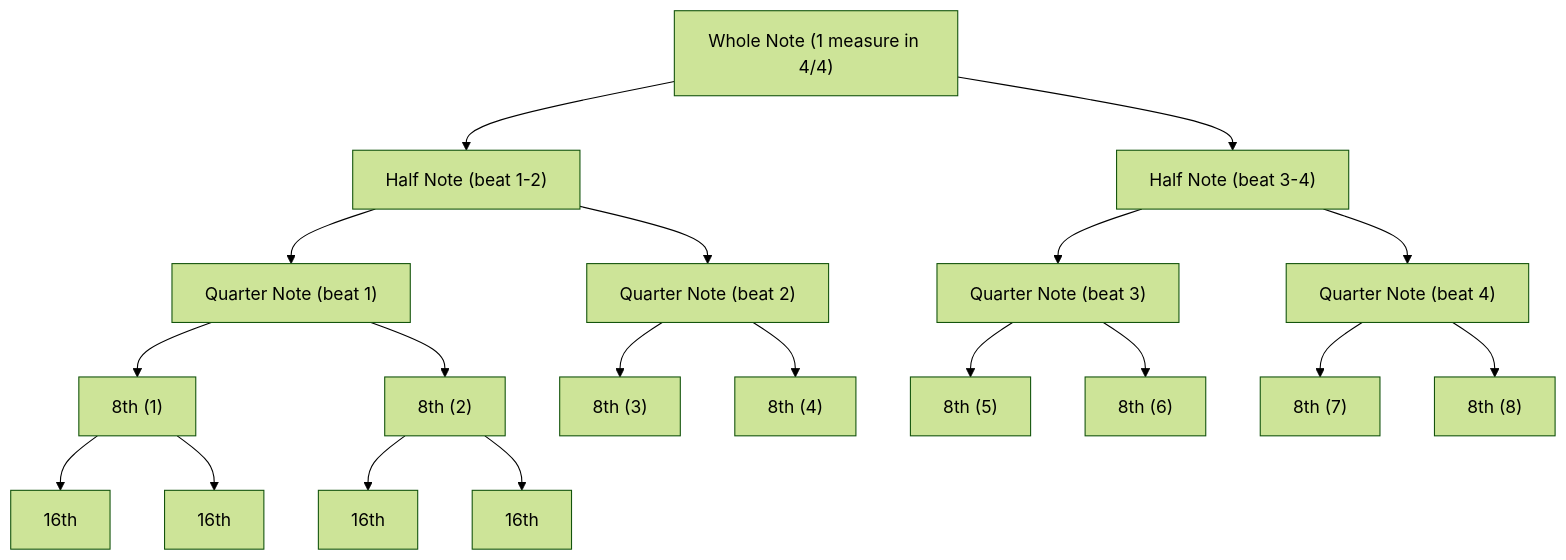
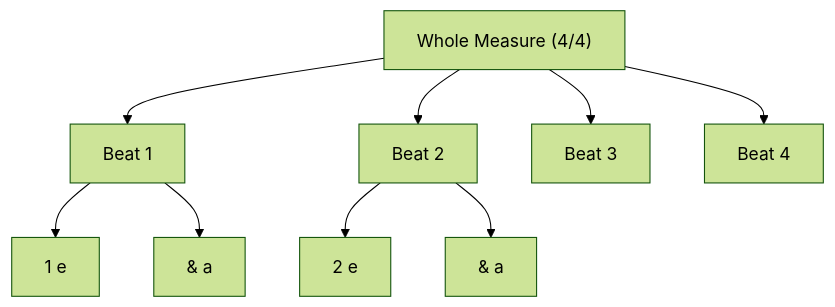
Before and after one commit to blebleblee/synapse: the first of 3 diagrams in topics/arts/music_performance/percussion/lesson_03_reading_and_notation.md, drawn with Mermaid (forest theme). The commit also changed other lines of this file and 4 other files, not shown here.

````diff
--- a/topics/arts/music_performance/percussion/lesson_03_reading_and_notation.md
+++ b/topics/arts/music_performance/percussion/lesson_03_reading_and_notation.md
@@ -39,22 +19,12 @@
 ```mermaid
 graph TD
-    W["Whole Note (1 measure in 4/4)"]
-    W --> H1["Half Note (beat 1-2)"]
-    W --> H2["Half Note (beat 3-4)"]
-    H1 --> Q1["Quarter Note (beat 1)"]
-    H1 --> Q2["Quarter Note (beat 2)"]
-    H2 --> Q3["Quarter Note (beat 3)"]
-    H2 --> Q4["Quarter Note (beat 4)"]
-    Q1 --> E1["8th (1)"]
-    Q1 --> E2["8th (2)"]
-    Q2 --> E3["8th (3)"]
-    Q2 --> E4["8th (4)"]
-    Q3 --> E5["8th (5)"]
-    Q3 --> E6["8th (6)"]
-    Q4 --> E7["8th (7)"]
-    Q4 --> E8["8th (8)"]
-    E1 --> S1["16th"]
-    E1 --> S2["16th"]
-    E2 --> S3["16th"]
-    E2 --> S4["16th"]
+    W["Whole Measure (4/4)"]
+    W --> Q1["Beat 1"]
+    W --> Q2["Beat 2"]
+    W --> Q3["Beat 3"]
+    W --> Q4["Beat 4"]
+    Q1 --> E1["1 e"]
+    Q1 --> E2["& a"]
+    Q2 --> E3["2 e"]
+    Q2 --> E4["& a"]
 ```
````
